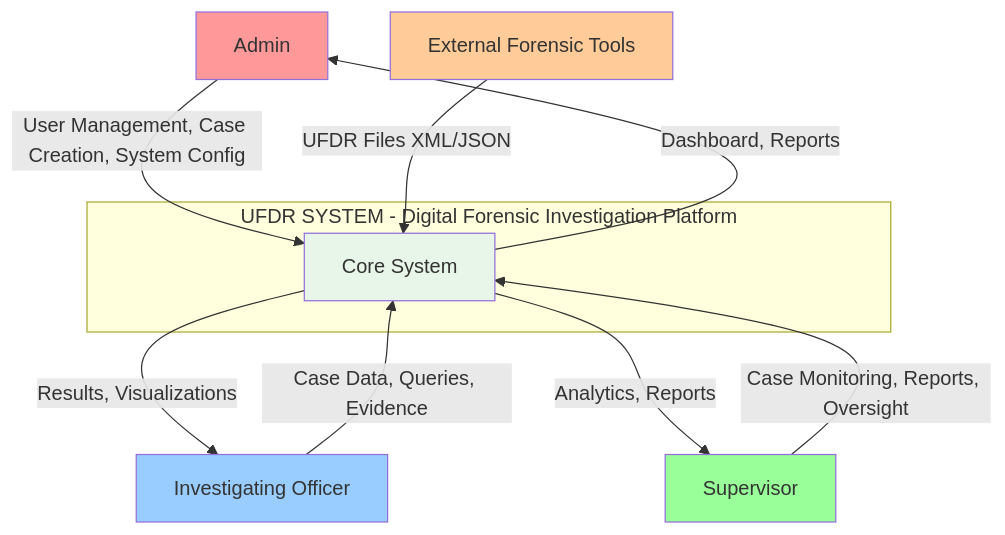
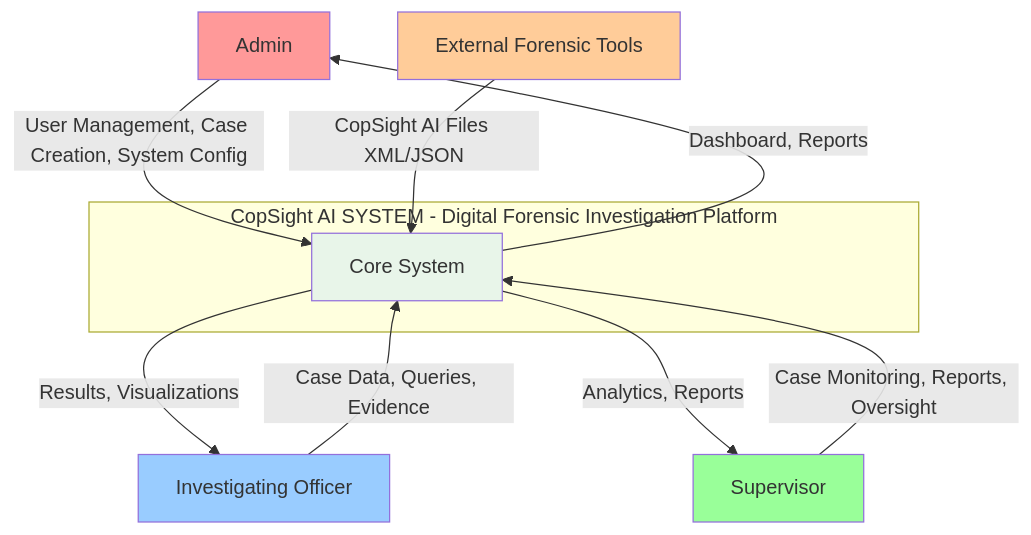
One commit to beingbrijesh/CopSight changed the first of 5 diagrams in DATA-FLOW-DIAGRAM.md. Above: the diagram before and after it, drawn with Mermaid. The commit also changed other lines of this file and 90 other files, not shown here.

Commit message:
chore: Rebrand to CopSight AI and update infrastructure

````diff
--- a/DATA-FLOW-DIAGRAM.md
+++ b/DATA-FLOW-DIAGRAM.md
@@ -5,26 +5,26 @@
 ```mermaid
 graph TB
     Admin[Admin]
     IO[Investigating Officer]
     Supervisor[Supervisor]
     External[External Forensic Tools]
     
-    subgraph UFDR[UFDR SYSTEM - Digital Forensic Investigation Platform]
+    subgraph CopSight AI[CopSight AI SYSTEM - Digital Forensic Investigation Platform]
         Core[Core System]
     end
     
     Admin -->|User Management, Case Creation, System Config| Core
     IO -->|Case Data, Queries, Evidence| Core
     Supervisor -->|Case Monitoring, Reports, Oversight| Core
-    External -->|UFDR Files XML/JSON| Core
+    External -->|CopSight AI Files XML/JSON| Core
     
     Core -->|Dashboard, Reports| Admin
     Core -->|Results, Visualizations| IO
     Core -->|Analytics, Reports| Supervisor
     
     style Admin fill:#ff9999
     style IO fill:#99ccff
     style Supervisor fill:#99ff99
     style External fill:#ffcc99
     style Core fill:#e8f5e9
 ```
````
